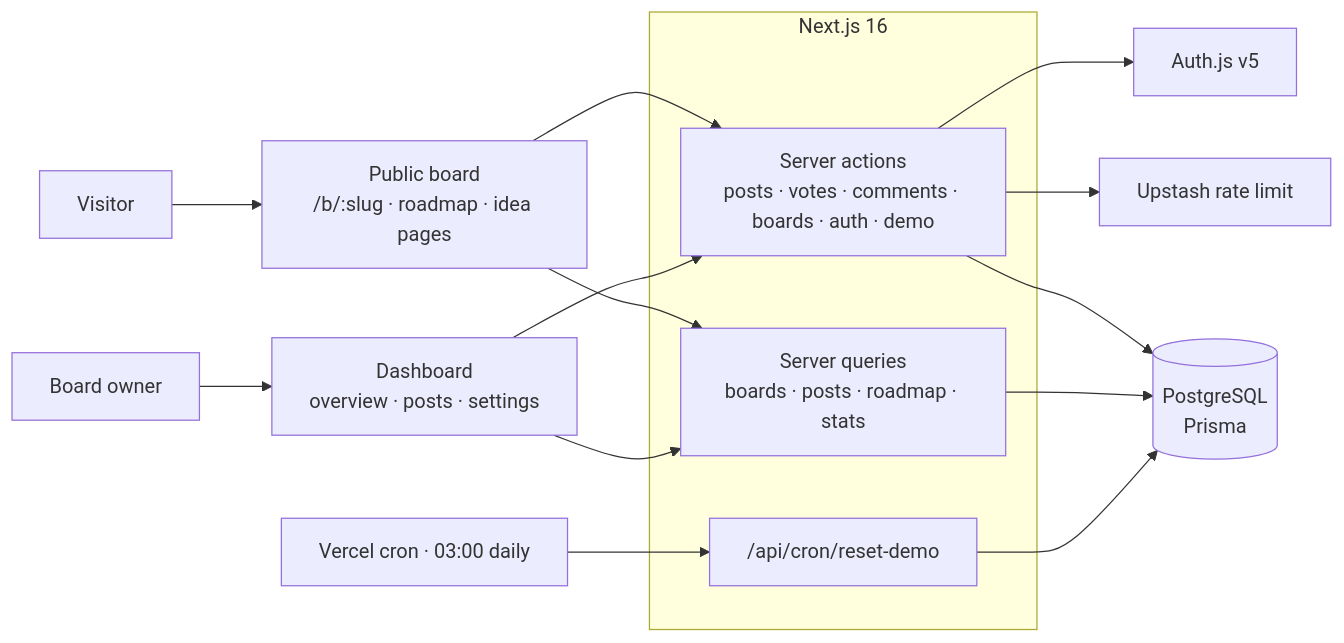
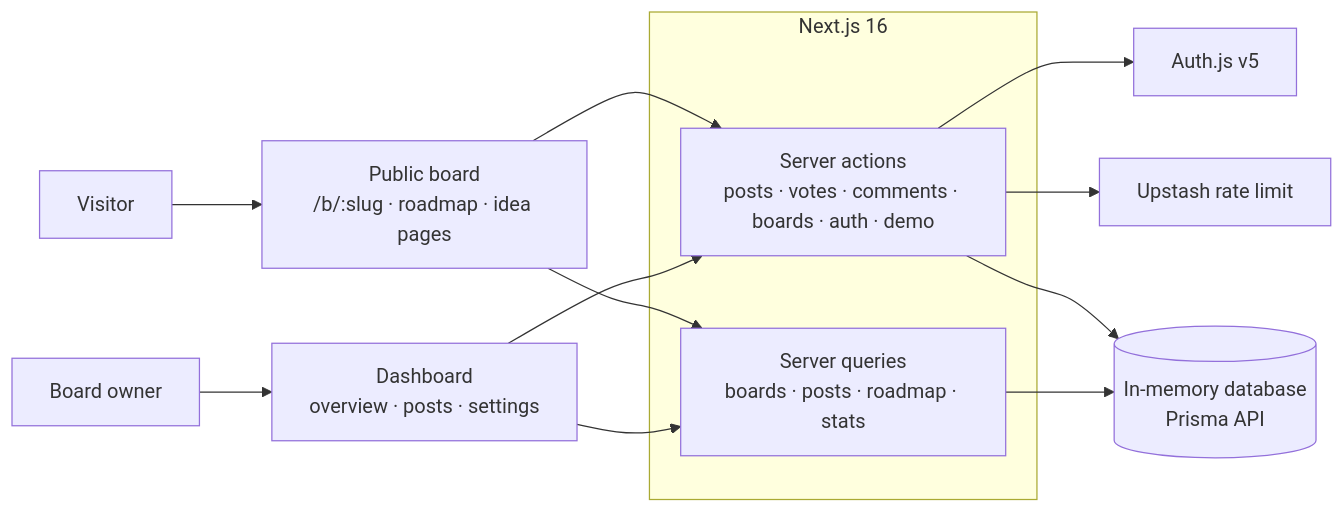
Before and after one commit to Areal-G/upvoted: the diagram in README.md, drawn with Mermaid. The commit also changed other lines of this file and 42 other files, not shown here.

````diff
--- a/README.md
+++ b/README.md
@@ -115,20 +117,17 @@
 ```mermaid
 flowchart LR
     visitor["Visitor"] --> board["Public board<br/>/b/:slug · roadmap · idea pages"]
     owner["Board owner"] --> dash["Dashboard<br/>overview · posts · settings"]
     board --> actions
     dash --> actions
     subgraph next["Next.js 16"]
         actions["Server actions<br/>posts · votes · comments · boards · auth · demo"]
         queries["Server queries<br/>boards · posts · roadmap · stats"]
-        cron["/api/cron/reset-demo"]
     end
     board --> queries
     dash --> queries
     actions --> auth["Auth.js v5"]
     actions --> rl["Upstash rate limit"]
-    actions --> db[("PostgreSQL<br/>Prisma")]
+    actions --> db[("In-memory database<br/>Prisma API")]
     queries --> db
-    cron --> db
-    vercel["Vercel cron · 03:00 daily"] --> cron
 ```
````
